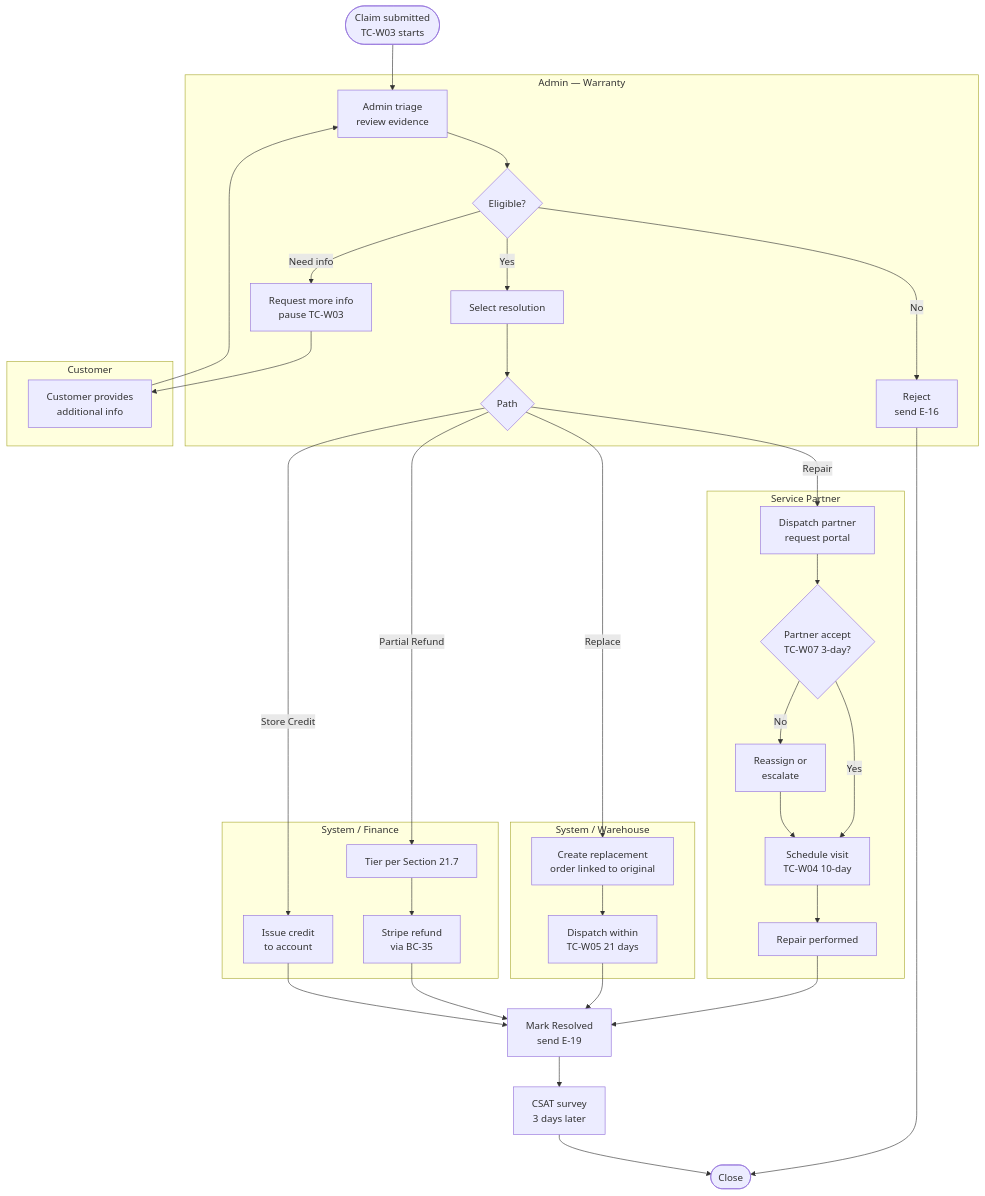
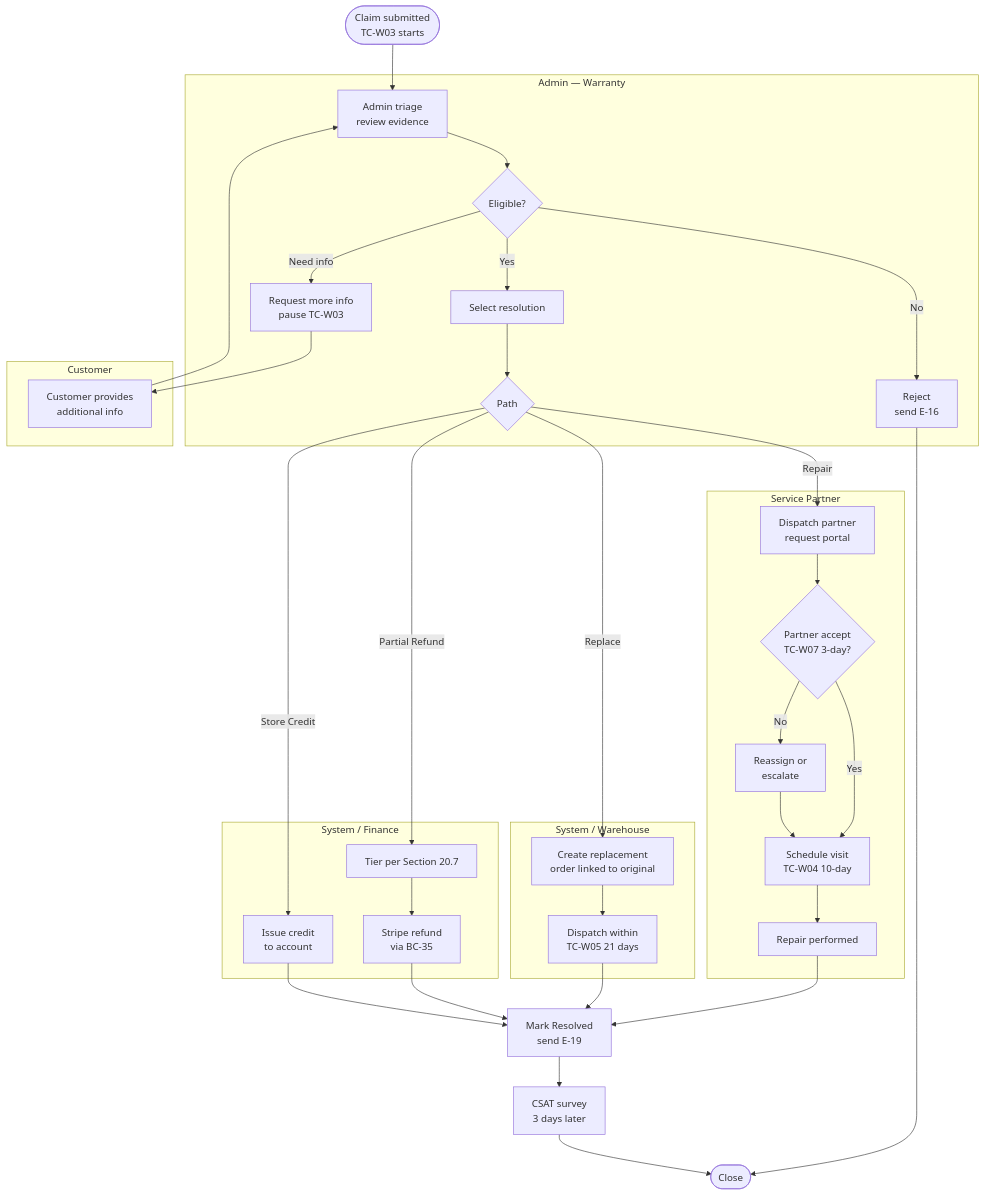
One commit to mingnguyentt012200/HomeStyle-project-demo changed diagram 16 of 16 in HomeStyle_BRD_v4.md. Above: the diagram before and after it, drawn with Mermaid. The commit also changed other lines of this file, not shown here.

````diff
--- a/HomeStyle_BRD_v4.md
+++ b/HomeStyle_BRD_v4.md
@@ -1753,39 +1754,39 @@
 ```mermaid
 flowchart TD
     A([Claim submitted<br/>TC-W03 starts]) --> B[Admin triage<br/>review evidence]
     subgraph Admin_Warranty[Admin — Warranty]
         B --> C{Eligible?}
         C -- No --> D[Reject<br/>send E-16]
         C -- Need info --> E[Request more info<br/>pause TC-W03]
         C -- Yes --> F[Select resolution]
         F --> G{Path}
     end
     subgraph Customer_Response[Customer]
         E --> H[Customer provides<br/>additional info]
         H --> B
     end
     subgraph Service_Partner[Service Partner]
         G -- Repair --> I[Dispatch partner<br/>request portal]
         I --> J{Partner accept<br/>TC-W07 3-day?}
         J -- No --> K[Reassign or<br/>escalate]
         J -- Yes --> L[Schedule visit<br/>TC-W04 10-day]
         L --> M[Repair performed]
         K --> L
     end
     subgraph System_Replace[System / Warehouse]
         G -- Replace --> N[Create replacement<br/>order linked to original]
         N --> O[Dispatch within<br/>TC-W05 21 days]
     end
     subgraph System_Refund[System / Finance]
-        G -- Partial Refund --> P[Tier per Section 21.7]
+        G -- Partial Refund --> P[Tier per Section 20.7]
         P --> Q[Stripe refund<br/>via BC-35]
         G -- Store Credit --> R[Issue credit<br/>to account]
     end
     M --> S[Mark Resolved<br/>send E-19]
     O --> S
     Q --> S
     R --> S
     D --> Z([Close])
     S --> T[CSAT survey<br/>3 days later]
     T --> Z
 ```
````
